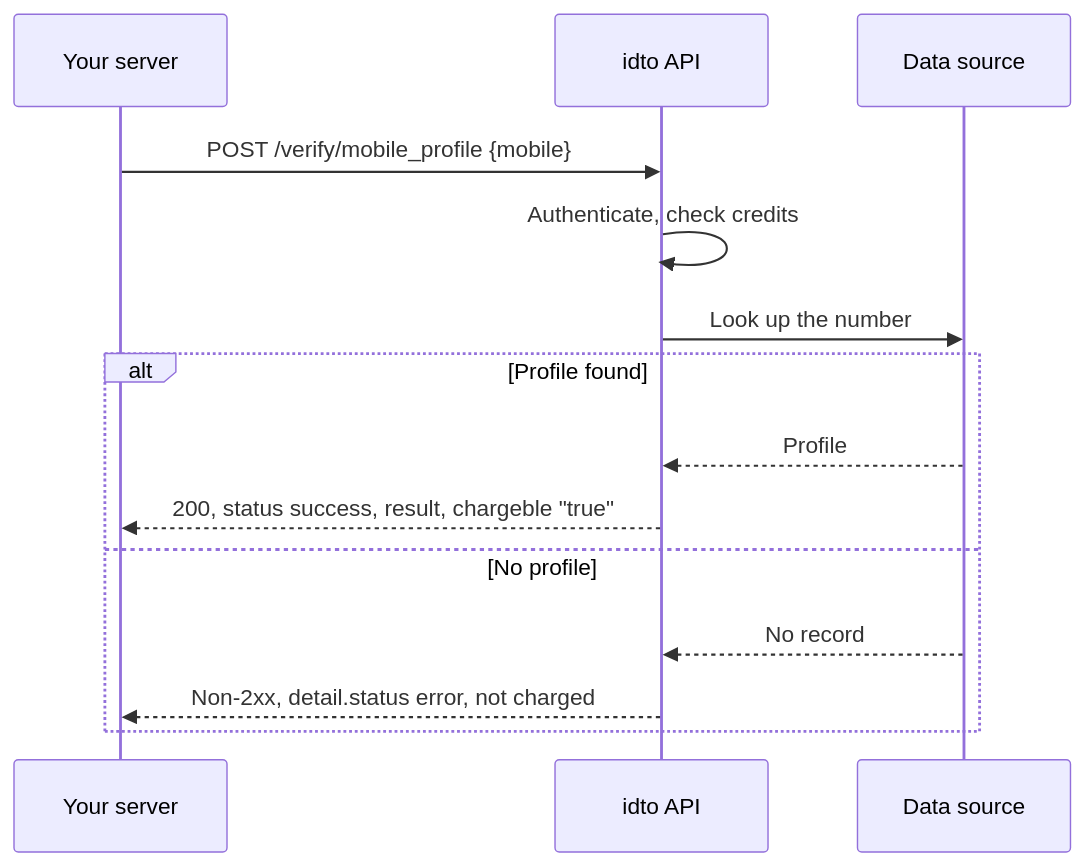
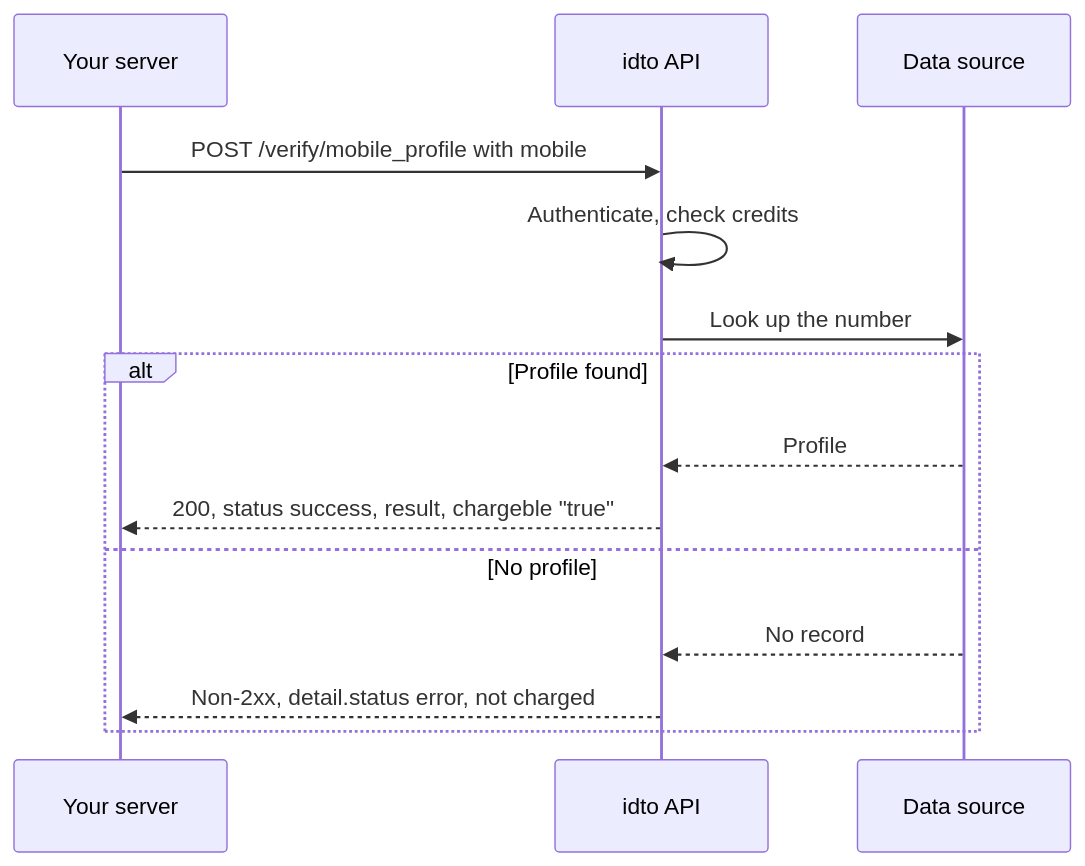
One commit to dev-payvriz/docs changed the diagram in products/mobile/overview.mdx. Above: the diagram before and after it, drawn with Mermaid. The commit also changed other lines of this file and 76 other files, not shown here.

````diff
--- a/products/mobile/overview.mdx
+++ b/products/mobile/overview.mdx
@@ -23,16 +23,16 @@
 ```mermaid
 sequenceDiagram
     participant App as Your server
     participant idto as idto API
     participant Src as Data source
-    App->>idto: POST /verify/mobile_profile {mobile}
+    App->>idto: POST /verify/mobile_profile with mobile
     idto->>idto: Authenticate, check credits
     idto->>Src: Look up the number
     alt Profile found
         Src-->>idto: Profile
         idto-->>App: 200, status success, result, chargeble "true"
     else No profile
         Src-->>idto: No record
         idto-->>App: Non-2xx, detail.status error, not charged
     end
 ```
````
